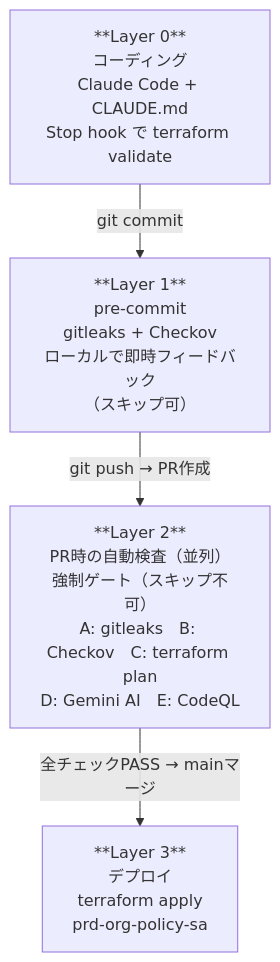
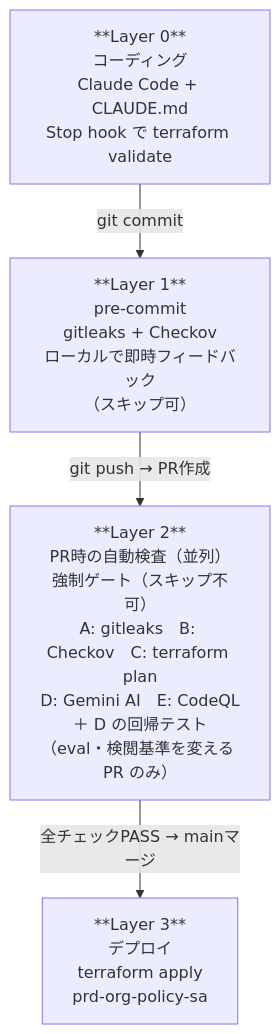
Before and after one commit to shinkawamisaki/gcp-base: the first of 7 diagrams in docs/QUALITY_FEEDBACK_LOOP.md, drawn with Mermaid. The commit also changed other lines of this file and 2 other files, not shown here.

First line of the commit message:
[gcp-base] docs: eval 導入のドキュメント整合を取り切る (#33)

````diff
--- a/docs/QUALITY_FEEDBACK_LOOP.md
+++ b/docs/QUALITY_FEEDBACK_LOOP.md
@@ -10,11 +10,11 @@
 ```mermaid
 flowchart TD
     L0["**Layer 0**<br>コーディング<br>Claude Code + CLAUDE.md<br>Stop hook で terraform validate"]
     L1["**Layer 1**<br>pre-commit<br>gitleaks + Checkov<br>ローカルで即時フィードバック<br>（スキップ可）"]
-    L2["**Layer 2**<br>PR時の自動検査（並列）<br>強制ゲート（スキップ不可）<br>A: gitleaks　B: Checkov　C: terraform plan<br>D: Gemini AI　E: CodeQL"]
+    L2["**Layer 2**<br>PR時の自動検査（並列）<br>強制ゲート（スキップ不可）<br>A: gitleaks　B: Checkov　C: terraform plan<br>D: Gemini AI　E: CodeQL<br>＋ D の回帰テスト（eval・検閲基準を変える PR のみ）"]
     L3["**Layer 3**<br>デプロイ<br>terraform apply<br>prd-org-policy-sa"]
 
     L0 -->|git commit| L1
     L1 -->|git push → PR作成| L2
     L2 -->|全チェックPASS → mainマージ| L3
 ```
````
